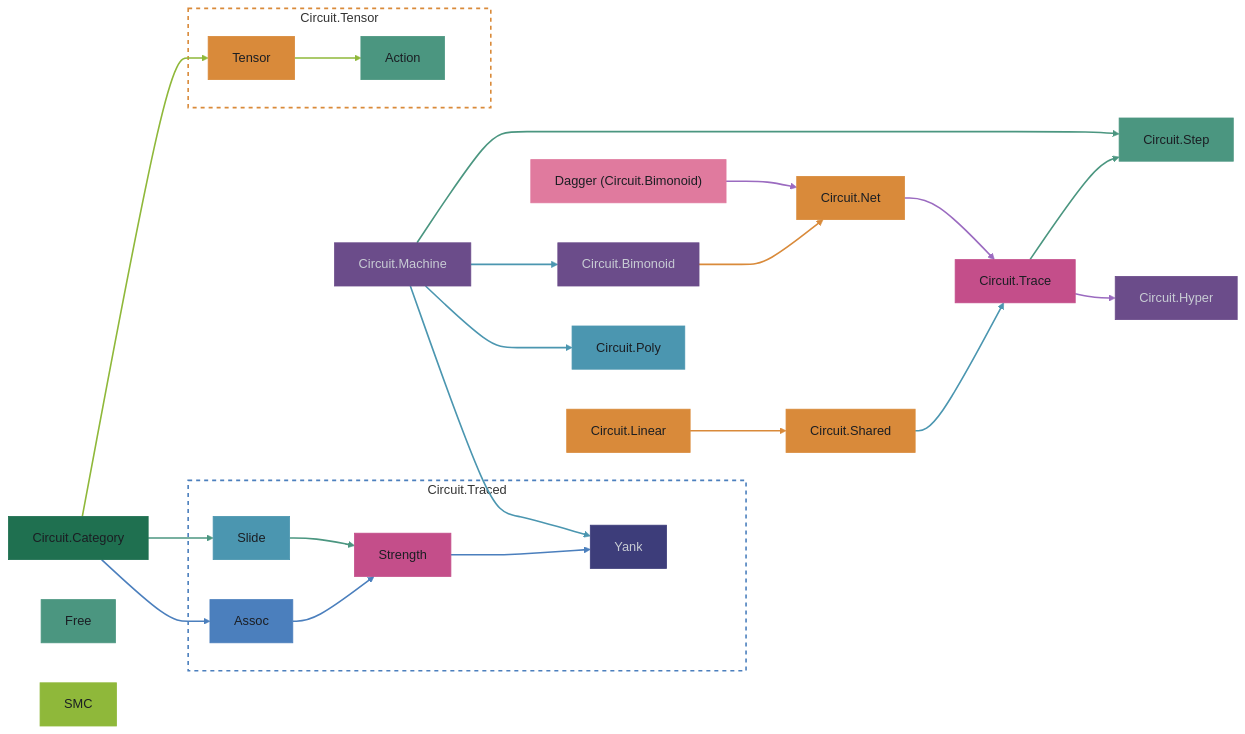
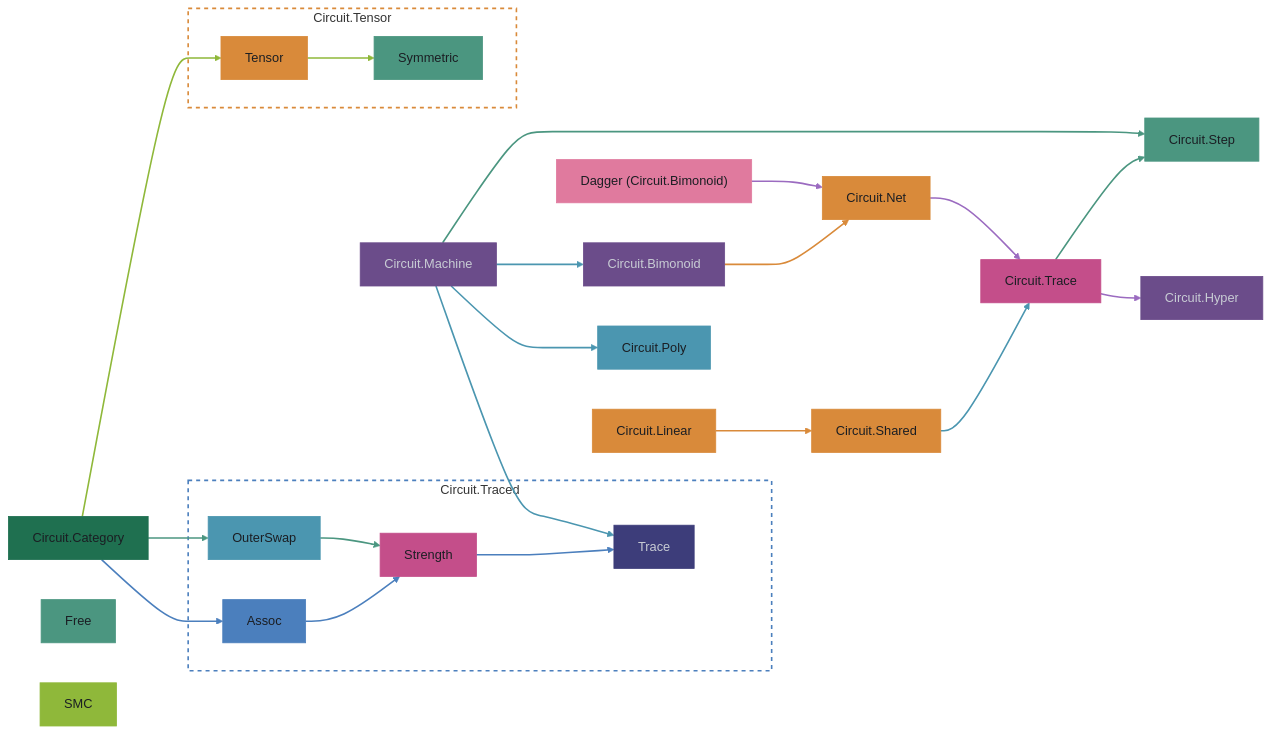
Before and after one commit to tonyday567/circuits: the second of 2 diagrams in readme.md, drawn with Mermaid. The commit also changed other lines of this file and 8 other files, not shown here.

````diff
--- a/readme.md
+++ b/readme.md
@@ -63,72 +63,72 @@
 ```mermaid
 graph LR
   Category["Circuit.Category"]
 
   subgraph Channel ["Circuit.Traced"]
     Assoc["Assoc"]
-    Slide["Slide"]
+    OuterSwap["OuterSwap"]
     Strength["Strength"]
-    Yank["Yank"]
+    Trace["Trace"]
   end
 
   subgraph Tensor ["Circuit.Tensor"]
     TensorClass["Tensor"]
-    Action["Action"]
+    Symmetric["Symmetric"]
   end
 
   Net["Circuit.Net"]
-  Trace["Circuit.Trace"]
+  FreeTrace["Circuit.Trace"]
   Hyper["Circuit.Hyper"]
   Dagger["Dagger (Circuit.Bimonoid)"]
   Poly["Circuit.Poly"]
   Machine["Circuit.Machine"]
   Step["Circuit.Step"]
   Shared["Circuit.Shared"]
   Bimonoid["Circuit.Bimonoid"]
   Linear["Circuit.Linear"]
 
-  Category --> Assoc --> Strength --> Yank
-  Category --> Slide --> Strength
-  Category --> TensorClass --> Action
-  Net --> Trace
-  Trace --> Hyper
+  Category --> Assoc --> Strength --> Trace
+  Category --> OuterSwap --> Strength
+  Category --> TensorClass --> Symmetric
+  Net --> FreeTrace
+  FreeTrace --> Hyper
   Dagger --> Net
   Machine --> Poly
   Machine --> Bimonoid
-  Machine --> Yank
-  Shared --> Trace
+  Machine --> Trace
+  Shared --> FreeTrace
   Bimonoid --> Net
   Linear --> Shared
   Machine --> Step
-  Trace --> Step
+  FreeTrace --> Step
 
   linkStyle 0,1,2 stroke:#4B7FBD,stroke-width:2px
   linkStyle 3,4 stroke:#4B9680,stroke-width:2px
   linkStyle 5,6 stroke:#8FB83A,stroke-width:2px
   linkStyle 7,8,9 stroke:#9B6BC0,stroke-width:2px
   linkStyle 10,11,12,13 stroke:#4B96B0,stroke-width:2px
   linkStyle 14,15 stroke:#D98A3A,stroke-width:2px
   linkStyle 16,17 stroke:#4B9680,stroke-width:2px
 
   style Channel fill:transparent,stroke:#4B7FBD,stroke-width:2px,stroke-dasharray: 5 5
   style Tensor fill:transparent,stroke:#D98A3A,stroke-width:2px,stroke-dasharray: 5 5
   style Category fill:#1F7050,stroke:#1F7050,color:#1b1e23
   style Assoc fill:#4B7FBD,stroke:#4B7FBD,color:#1b1e23
-  style Slide fill:#4B96B0,stroke:#4B96B0,color:#1b1e23
+  style OuterSwap fill:#4B96B0,stroke:#4B96B0,color:#1b1e23
   style Strength fill:#C44E8A,stroke:#C44E8A,color:#1b1e23
-  style Yank fill:#3D3D7A,stroke:#3D3D7A,color:#c8ccd4
+  style Trace fill:#3D3D7A,stroke:#3D3D7A,color:#c8ccd4
   style TensorClass fill:#D98A3A,stroke:#D98A3A,color:#1b1e23
-  style Action fill:#4B9680,stroke:#4B9680,color:#1b1e23
+  style Symmetric fill:#4B9680,stroke:#4B9680,color:#1b1e23
   style Free fill:#4B9680,stroke:#4B9680,color:#1b1e23
   style SMC fill:#8FB83A,stroke:#8FB83A,color:#1b1e23
   style Net fill:#D98A3A,stroke:#D98A3A,color:#1b1e23
-  style Trace fill:#C44E8A,stroke:#C44E8A,color:#1b1e23
+  style FreeTrace fill:#C44E8A,stroke:#C44E8A,color:#1b1e23
   style Hyper fill:#6B4C8A,stroke:#6B4C8A,color:#c8ccd4
   style Dagger fill:#E07A9E,stroke:#E07A9E,color:#1b1e23
   style Poly fill:#4B96B0,stroke:#4B96B0,color:#1b1e23
   style Machine fill:#6B4C8A,stroke:#6B4C8A,color:#c8ccd4
   style Step fill:#4B9680,stroke:#4B9680,color:#1b1e23
   style Shared fill:#D98A3A,stroke:#D98A3A,color:#1b1e23
   style Bimonoid fill:#6B4C8A,stroke:#6B4C8A,color:#c8ccd4
   style Linear fill:#D98A3A,stroke:#D98A3A,color:#1b1e23
 ```
````
